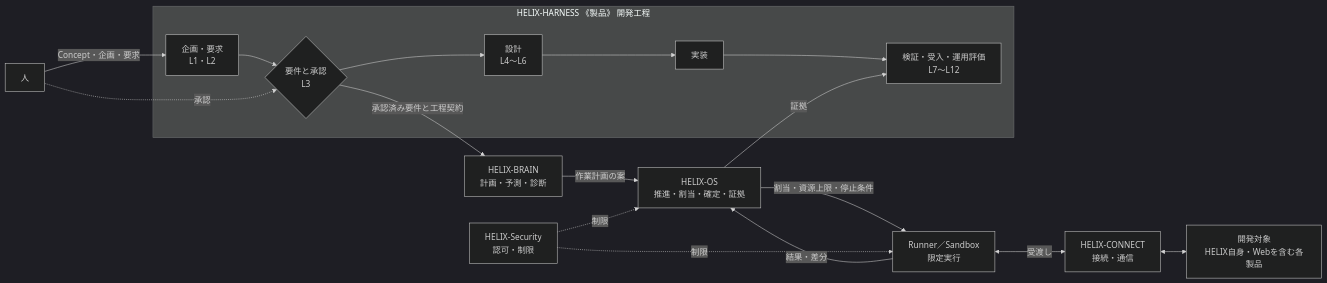
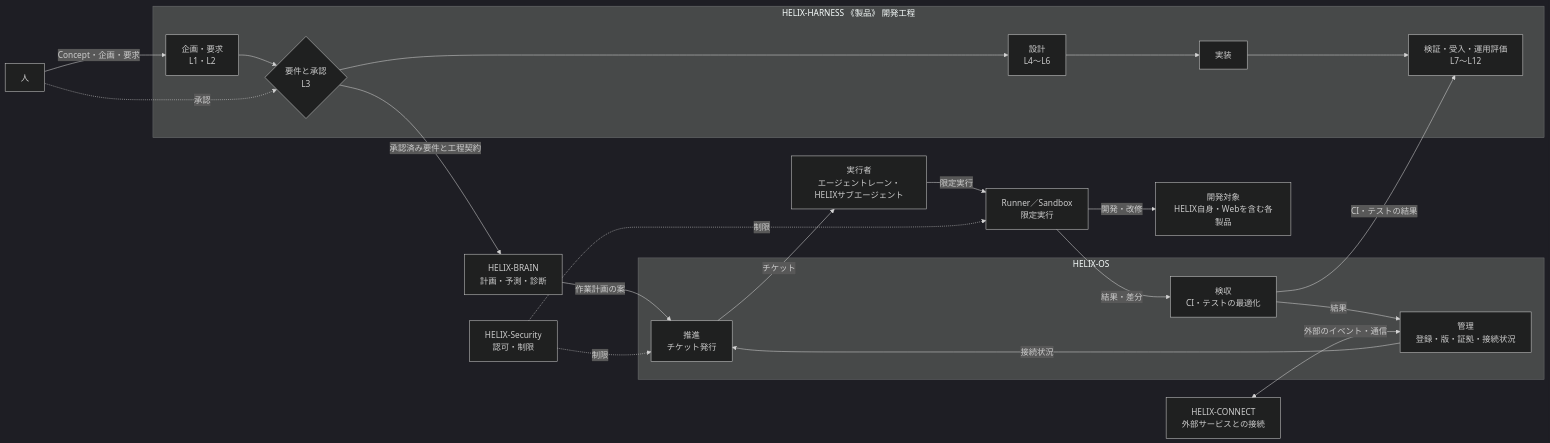
Before and after one commit to RetryYN/HELIX-HARNESS: the second of 3 diagrams in docs/concept/helix-concept.md, drawn with Mermaid (dark theme). The commit also changed other lines of this file, not shown here.

Commit message:
docs: align Concept OS structure and diagram with issues

````diff
--- a/docs/concept/helix-concept.md
+++ b/docs/concept/helix-concept.md
@@ -124,32 +124,40 @@
 ```mermaid
 flowchart LR
     Human["人"]
 
     subgraph PROC["HELIX-HARNESS 《製品》 開発工程"]
         REQ["企画・要求<br/>L1・L2"]
         APP{"要件と承認<br/>L3"}
         DES["設計<br/>L4〜L6"]
         IMP["実装"]
         VER["検証・受入・運用評価<br/>L7〜L12"]
         REQ --> APP --> DES --> IMP --> VER
     end
 
     BRAIN["HELIX-BRAIN<br/>計画・予測・診断"]
-    OS["HELIX-OS<br/>推進・割当・確定・証拠"]
+    subgraph OSG["HELIX-OS"]
+        MGMT["管理<br/>登録・版・証拠・接続状況"]
+        PROM["推進<br/>チケット発行"]
+        ACC["検収<br/>CI・テストの最適化"]
+    end
+    LANES["実行者<br/>エージェントレーン・HELIXサブエージェント"]
     SEC["HELIX-Security<br/>認可・制限"]
     RUNNER["Runner／Sandbox<br/>限定実行"]
-    CONNECT["HELIX-CONNECT<br/>接続・通信"]
+    CONNECT["HELIX-CONNECT<br/>外部サービスとの接続"]
     Targets["開発対象<br/>HELIX自身・Webを含む各製品"]
 
     Human -->|Concept・企画・要求| REQ
     Human -.->|承認| APP
     APP -->|承認済み要件と工程契約| BRAIN
-    BRAIN -->|作業計画の案| OS
-    OS -->|割当・資源上限・停止条件| RUNNER
-    SEC -.->|制限| OS
+    BRAIN -->|作業計画の案| PROM
+    MGMT -->|接続状況| PROM
+    PROM -->|チケット| LANES
+    LANES -->|限定実行| RUNNER
+    RUNNER -->|開発・改修| Targets
+    RUNNER -->|結果・差分| ACC
+    ACC -->|CI・テストの結果| VER
+    ACC -->|結果| MGMT
+    SEC -.->|制限| PROM
     SEC -.->|制限| RUNNER
-    RUNNER <-->|受渡し| CONNECT
-    CONNECT <--> Targets
-    RUNNER -->|結果・差分| OS
-    OS -->|証拠| VER
+    CONNECT <-->|外部のイベント・通信| MGMT
 ```
````
